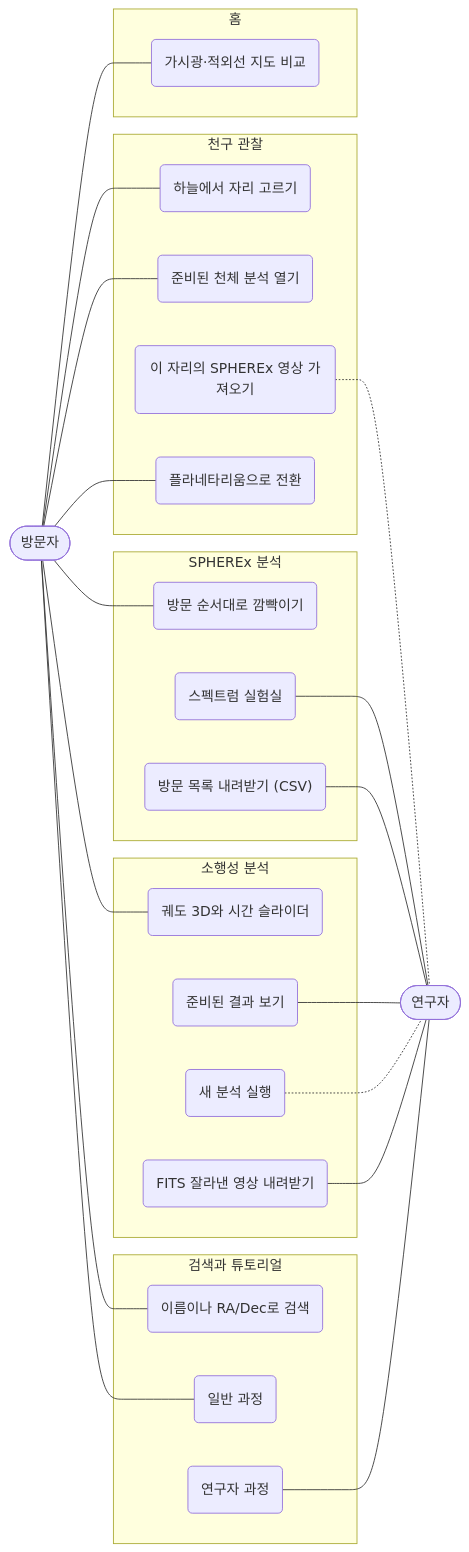
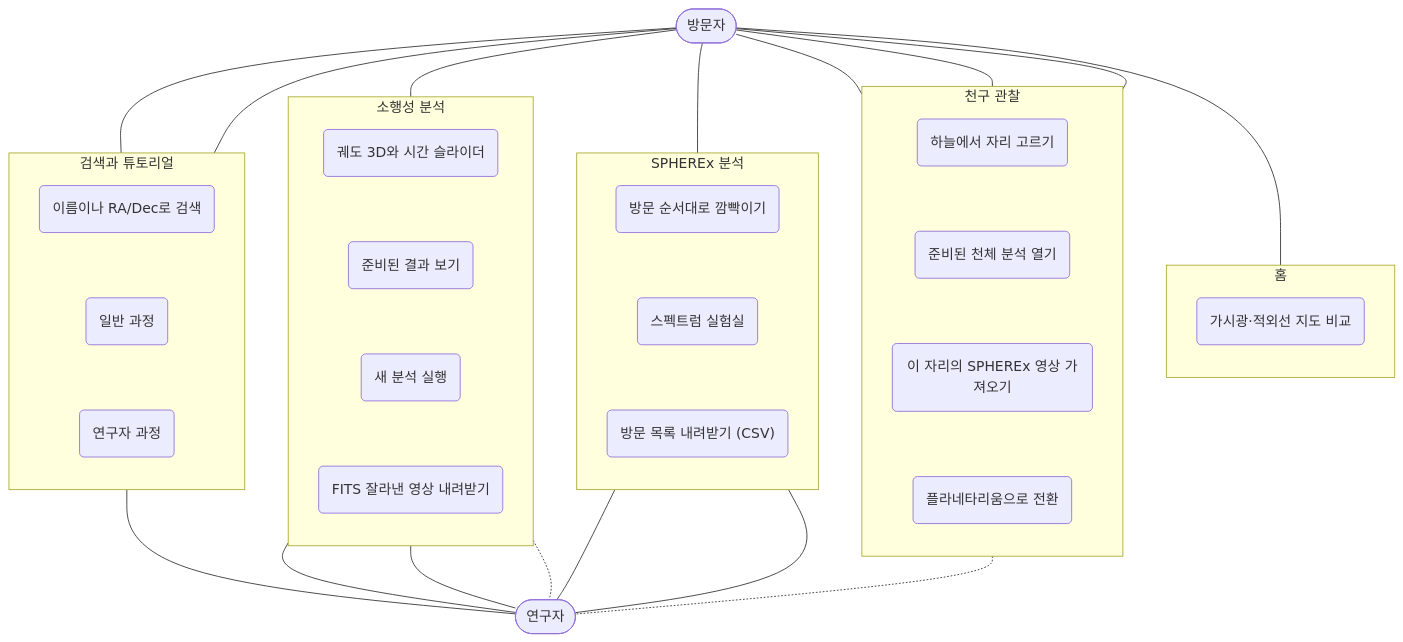
One commit to sel00000/ApogeeX changed the first of 5 diagrams in README.ko.md. Above: the diagram before and after it, drawn with Mermaid. The commit also changed other lines of this file and 2 other files, not shown here.

Commit message:
README: new Orbit 3D picture; use-case diagram laid out top to bottom

````diff
--- a/README.ko.md
+++ b/README.ko.md
@@ -108,45 +108,54 @@
 ```mermaid
-flowchart LR
+flowchart TB
   V(["방문자"])
-  R(["연구자"])
   subgraph Home["홈"]
+    direction TB
     H1("가시광·적외선 지도 비교")
   end
   subgraph Sky["천구 관찰"]
+    direction TB
     S1("하늘에서 자리 고르기")
     S2("준비된 천체 분석 열기")
     S3("이 자리의 SPHEREx 영상 가져오기")
     S4("플라네타리움으로 전환")
+    S1 ~~~ S2 ~~~ S3 ~~~ S4
   end
   subgraph SA["SPHEREx 분석"]
+    direction TB
     A1("방문 순서대로 깜빡이기")
     A2("스펙트럼 실험실")
     A3("방문 목록 내려받기 (CSV)")
+    A1 ~~~ A2 ~~~ A3
   end
   subgraph AA["소행성 분석"]
+    direction TB
     B1("궤도 3D와 시간 슬라이더")
     B2("준비된 결과 보기")
     B3("새 분석 실행")
     B4("FITS 잘라낸 영상 내려받기")
+    B1 ~~~ B2 ~~~ B3 ~~~ B4
   end
   subgraph ST["검색과 튜토리얼"]
+    direction TB
     T1("이름이나 RA/Dec로 검색")
     T2("일반 과정")
     T3("연구자 과정")
+    T1 ~~~ T2 ~~~ T3
   end
+  R(["연구자"])
   V --- H1
   V --- S1
   V --- S2
   V --- S4
   V --- A1
   V --- B1
   V --- T1
   V --- T2
   A2 --- R
   A3 --- R
   B2 --- R
   B4 --- R
   T3 --- R
   S3 -.- R
   B3 -.- R
 ```
````
